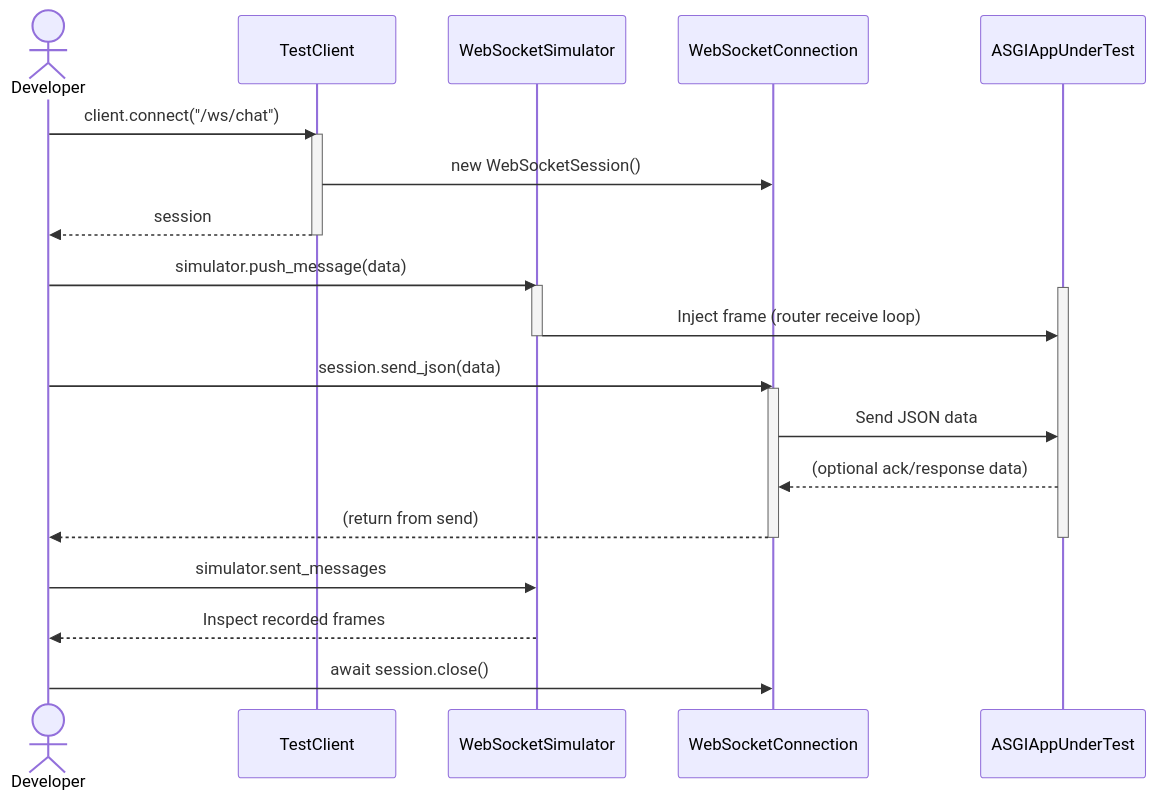
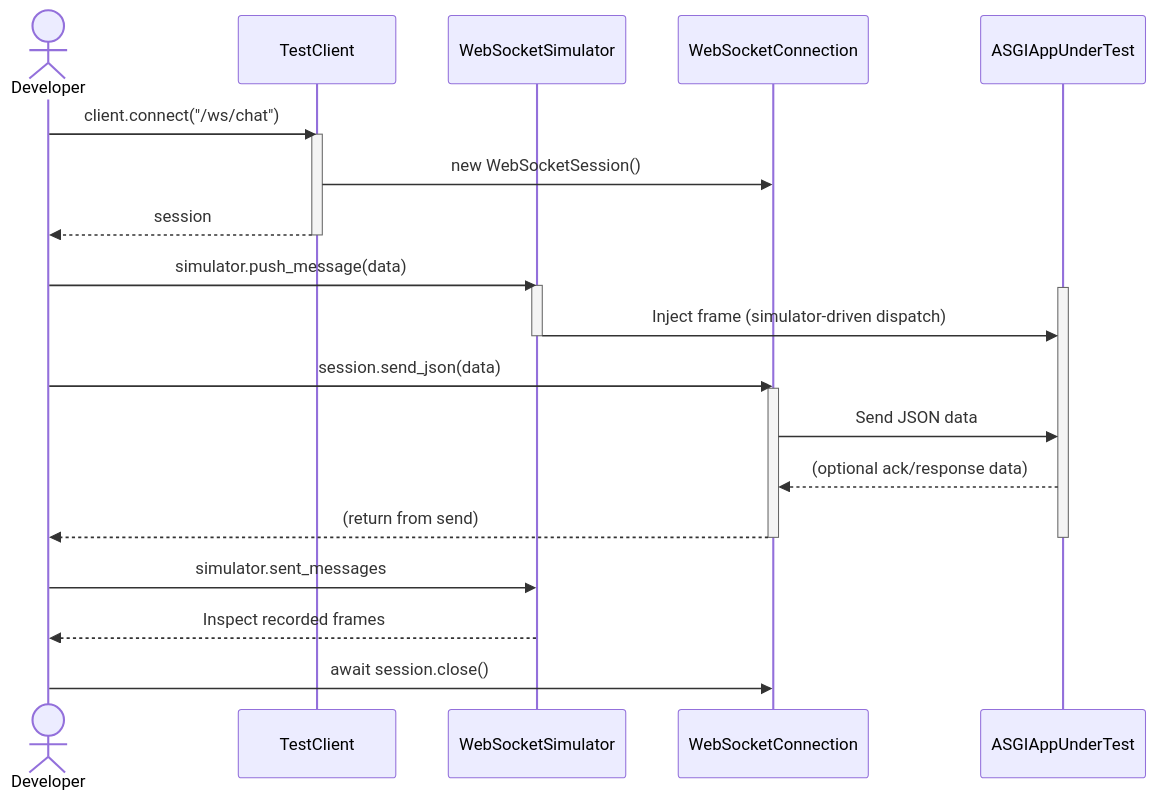
One commit to leynos/falcon-pachinko changed diagram 13 of 13 in docs/falcon-websocket-extension-design.md. Above: the diagram before and after it, drawn with Mermaid. The commit also changed other lines of this file and 5 other files, not shown here.

````diff
--- a/docs/falcon-websocket-extension-design.md
+++ b/docs/falcon-websocket-extension-design.md
@@ -1861,34 +1877,34 @@
 ```mermaid
 sequenceDiagram
     actor Developer
     participant TC as TestClient
     participant WSSim as WebSocketSimulator
     participant WSConn as WebSocketConnection
     participant App as ASGIAppUnderTest
 
     Developer->>TC: client.connect("/ws/chat")
     activate TC
     TC->>WSConn: new WebSocketSession()
     TC-->>Developer: session
     deactivate TC
 
     Developer->>WSSim: simulator.push_message(data)
     activate WSSim
     activate App
-    WSSim->>App: Inject frame (router receive loop)
+    WSSim->>App: Inject frame (simulator-driven dispatch)
     deactivate WSSim
 
     Developer->>WSConn: session.send_json(data)
     activate WSConn
     WSConn->>App: Send JSON data
     App-->>WSConn: (optional ack/response data)
     WSConn-->>Developer: (return from send)
     deactivate WSConn
 
     deactivate App
 
     Developer->>WSSim: simulator.sent_messages
     WSSim-->>Developer: Inspect recorded frames
 
     Developer->>WSConn: await session.close()
 ```
````
